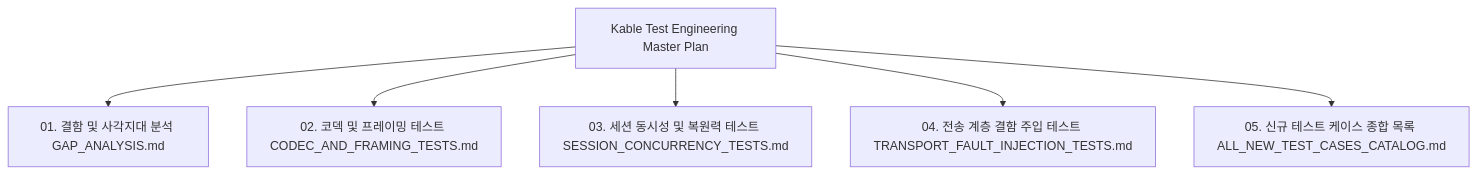
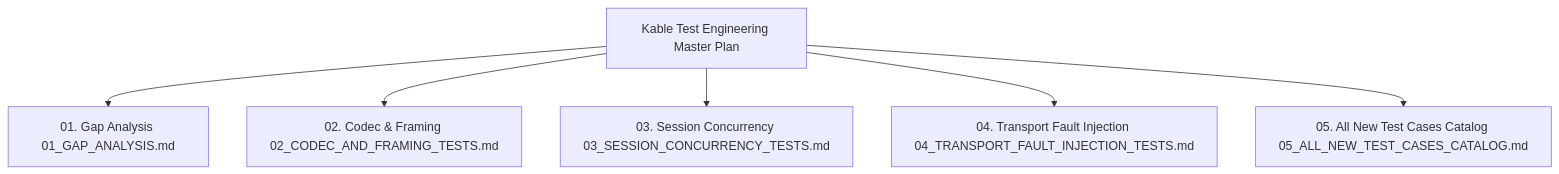
Before and after one commit to jaon13/Kable: the diagram in docs/qa_test_engineering/INDEX.md, drawn with Mermaid. The commit also changed other lines of this file and 21 other files, not shown here.

Commit message:
docs: standardize all project specifications, architecture documents, and QA master plans to professional English

````diff
--- a/docs/qa_test_engineering/INDEX.md
+++ b/docs/qa_test_engineering/INDEX.md
@@ -16,8 +15,8 @@
 ```mermaid
 graph TD
-    Root[Kable Test Engineering Master Plan] --> Doc1[01. 결함 및 사각지대 분석 GAP_ANALYSIS.md]
-    Root --> Doc2[02. 코덱 및 프레이밍 테스트 CODEC_AND_FRAMING_TESTS.md]
-    Root --> Doc3[03. 세션 동시성 및 복원력 테스트 SESSION_CONCURRENCY_TESTS.md]
-    Root --> Doc4[04. 전송 계층 결함 주입 테스트 TRANSPORT_FAULT_INJECTION_TESTS.md]
-    Root --> Doc5[05. 신규 테스트 케이스 종합 목록 ALL_NEW_TEST_CASES_CATALOG.md]
+    Root[Kable Test Engineering Master Plan] --> Doc1[01. Gap Analysis 01_GAP_ANALYSIS.md]
+    Root --> Doc2[02. Codec & Framing 02_CODEC_AND_FRAMING_TESTS.md]
+    Root --> Doc3[03. Session Concurrency 03_SESSION_CONCURRENCY_TESTS.md]
+    Root --> Doc4[04. Transport Fault Injection 04_TRANSPORT_FAULT_INJECTION_TESTS.md]
+    Root --> Doc5[05. All New Test Cases Catalog 05_ALL_NEW_TEST_CASES_CATALOG.md]
 ```
````
